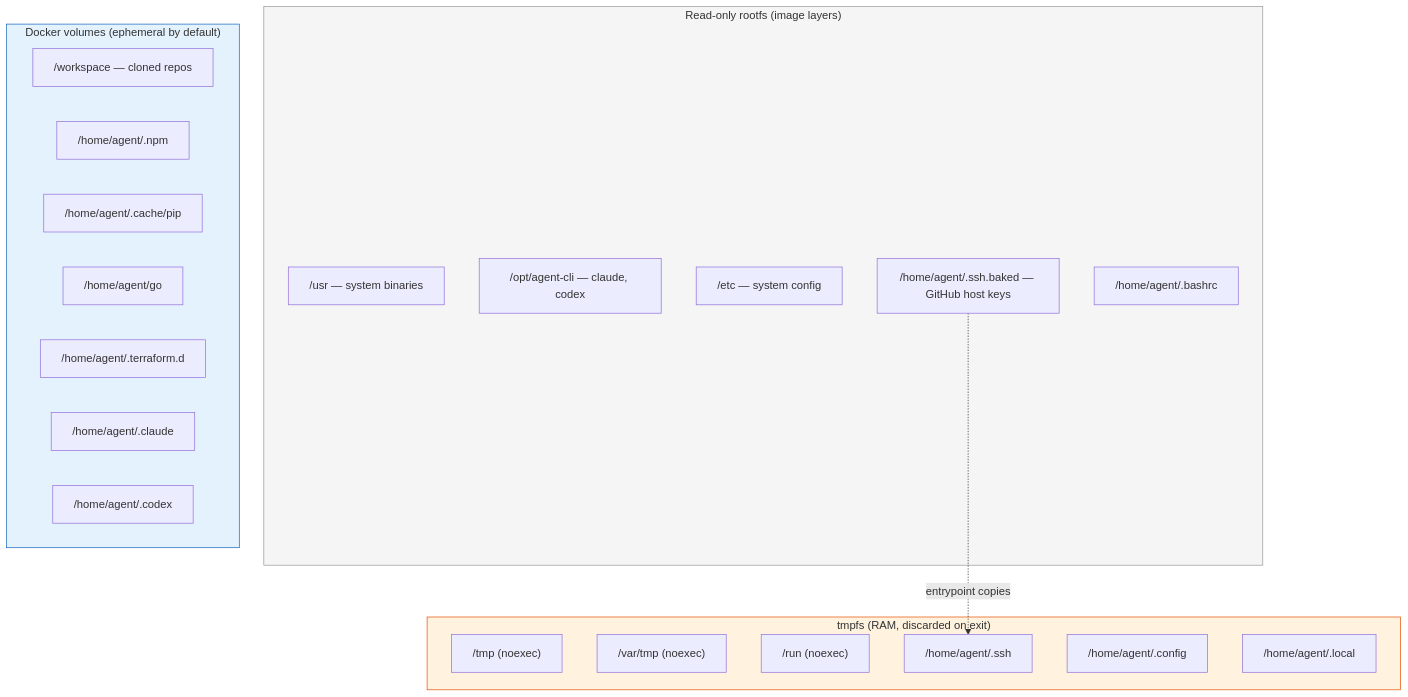
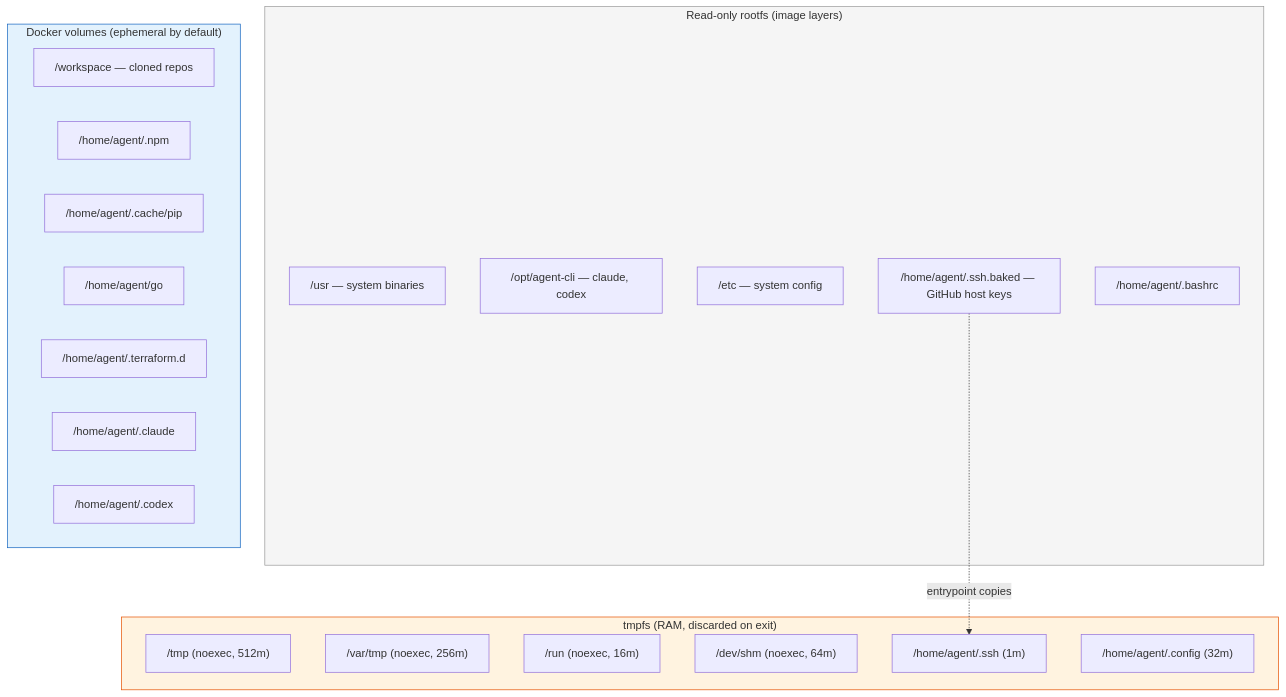
One commit to 0x666c6f/safe-agentic changed the first of 3 diagrams in docs/architecture/container.md. Above: the diagram before and after it, drawn with Mermaid. The commit also changed 16 other files, not shown here.

````diff
--- a/docs/architecture/container.md
+++ b/docs/architecture/container.md
@@ -7,35 +7,35 @@
 ```mermaid
 graph TD
     subgraph rootfs["Read-only rootfs (image layers)"]
         usr["/usr — system binaries"]
         opt["/opt/agent-cli — claude, codex"]
         etc["/etc — system config"]
         ssh_baked["/home/agent/.ssh.baked — GitHub host keys"]
         bashrc_baked["/home/agent/.bashrc"]
     end
 
     subgraph tmpfs["tmpfs (RAM, discarded on exit)"]
-        tmp["/tmp (noexec)"]
-        var_tmp["/var/tmp (noexec)"]
-        run["/run (noexec)"]
-        ssh_live["/home/agent/.ssh"]
-        config["/home/agent/.config"]
-        local["/home/agent/.local"]
+        tmp["/tmp (noexec, 512m)"]
+        var_tmp["/var/tmp (noexec, 256m)"]
+        run["/run (noexec, 16m)"]
+        shm["/dev/shm (noexec, 64m)"]
+        ssh_live["/home/agent/.ssh (1m)"]
+        config["/home/agent/.config (32m)"]
     end
 
     subgraph volumes["Docker volumes (ephemeral by default)"]
         workspace["/workspace — cloned repos"]
         npm["/home/agent/.npm"]
         pip["/home/agent/.cache/pip"]
         gopath["/home/agent/go"]
         tf["/home/agent/.terraform.d"]
         auth_claude["/home/agent/.claude"]
         auth_codex["/home/agent/.codex"]
     end
 
     ssh_baked -.->|"entrypoint copies"| ssh_live
 
     style rootfs fill:#f5f5f5,stroke:#999
     style tmpfs fill:#fff3e0,stroke:#e65100
     style volumes fill:#e3f2fd,stroke:#1565c0
 ```
````
